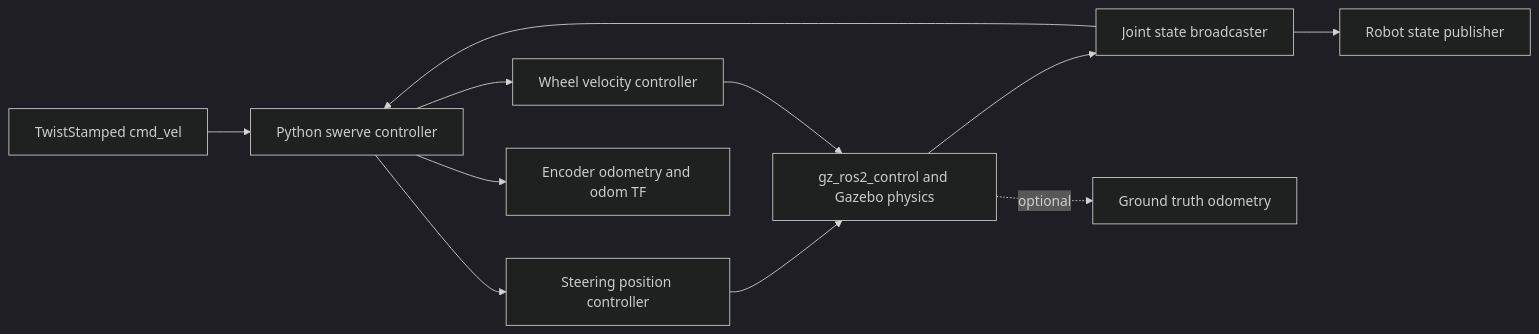
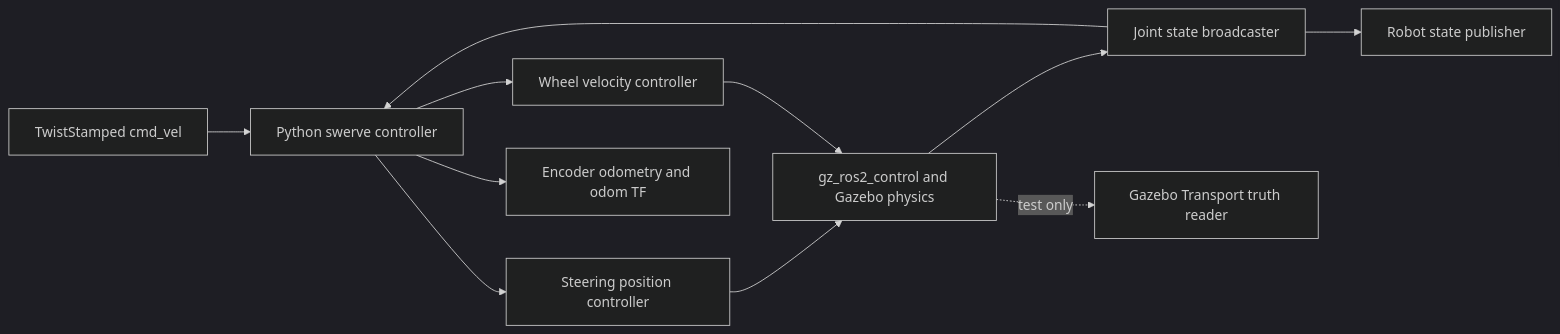
Before and after one commit to zz990099/swerve_gazebo_sim: the diagram in docs/ARCHITECTURE.md, drawn with Mermaid (dark theme). The commit also changed other lines of this file and 16 other files, not shown here.

````diff
--- a/docs/ARCHITECTURE.md
+++ b/docs/ARCHITECTURE.md
@@ -7,13 +7,13 @@
 ```mermaid
 flowchart LR
     C[TwistStamped cmd_vel] --> K[Python swerve controller]
     K --> P[Steering position controller]
     K --> V[Wheel velocity controller]
     P --> G[gz_ros2_control and Gazebo physics]
     V --> G
     G --> J[Joint state broadcaster]
     J --> K
     J --> R[Robot state publisher]
     K --> O[Encoder odometry and odom TF]
-    G -. optional .-> T[Ground truth odometry]
+    G -. test only .-> T[Gazebo Transport truth reader]
 ```
````
